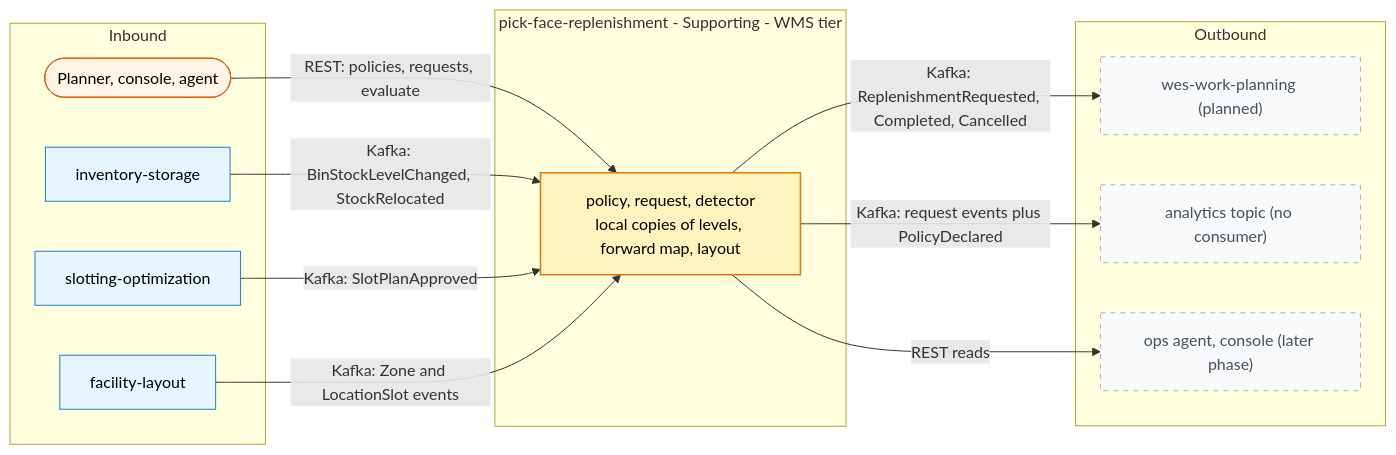
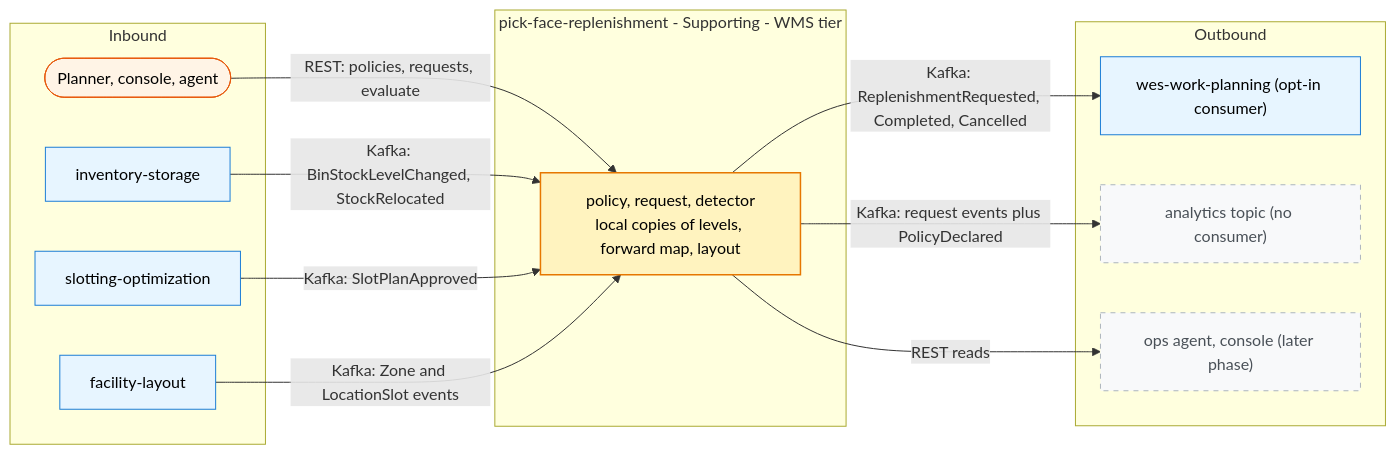
Before and after one commit to IQVO/warehouse-docs: the diagram in docs/contexts/pick-face-replenishment/bounded-context-canvas.md, drawn with Mermaid. The commit also changed other lines of this file and 10 other files, not shown here.

````diff
--- a/docs/contexts/pick-face-replenishment/bounded-context-canvas.md
+++ b/docs/contexts/pick-face-replenishment/bounded-context-canvas.md
@@ -19,28 +19,28 @@
 ```mermaid
 flowchart LR
     classDef ctx fill:#e7f5ff,stroke:#1c7ed6,color:#000
     classDef actor fill:#fff4e6,stroke:#e8590c,color:#000
     classDef planned fill:#f8f9fa,stroke:#adb5bd,stroke-dasharray:5 5,color:#495057
     classDef bc fill:#fff3bf,stroke:#e67700,stroke-width:1.5px,color:#000
     subgraph IN["Inbound"]
         planner(["Planner, console, agent"]):::actor
         inv["inventory-storage"]:::ctx
         slot["slotting-optimization"]:::ctx
         lay["facility-layout"]:::ctx
     end
     subgraph BC["pick-face-replenishment - Supporting - WMS tier"]
         core["policy, request, detector<br/>local copies of levels, forward map, layout"]:::bc
     end
     subgraph OUT["Outbound"]
-        wp["wes-work-planning (planned)"]:::planned
+        wp["wes-work-planning (opt-in consumer)"]:::ctx
         ana["analytics topic (no consumer)"]:::planned
         ops["ops agent, console (later phase)"]:::planned
     end
     planner -->|"REST: policies, requests, evaluate"| core
     inv -->|"Kafka: BinStockLevelChanged, StockRelocated"| core
     slot -->|"Kafka: SlotPlanApproved"| core
     lay -->|"Kafka: Zone and LocationSlot events"| core
     core -->|"Kafka: ReplenishmentRequested, Completed, Cancelled"| wp
     core -->|"Kafka: request events plus PolicyDeclared"| ana
     core -->|"REST reads"| ops
 ```
````
